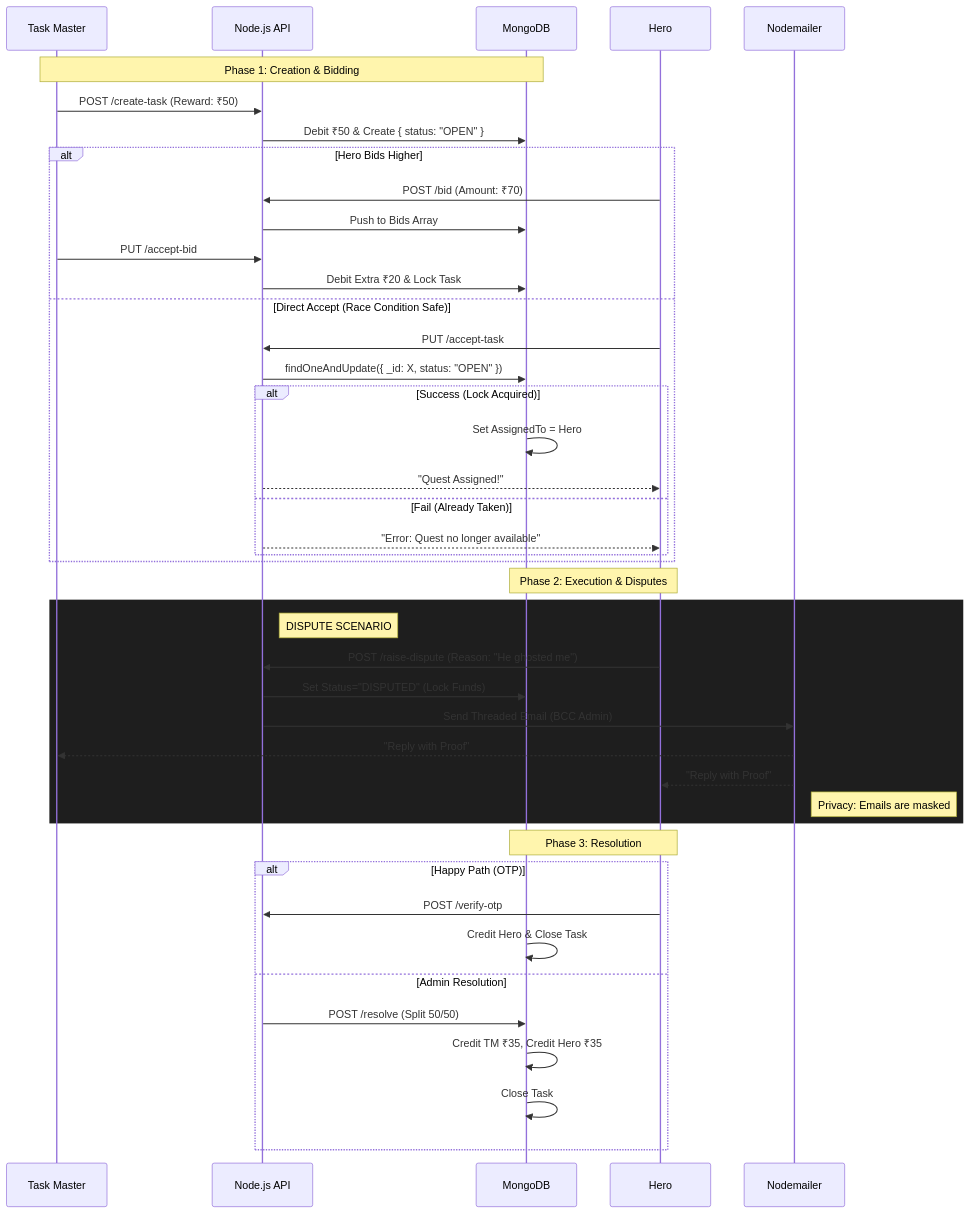
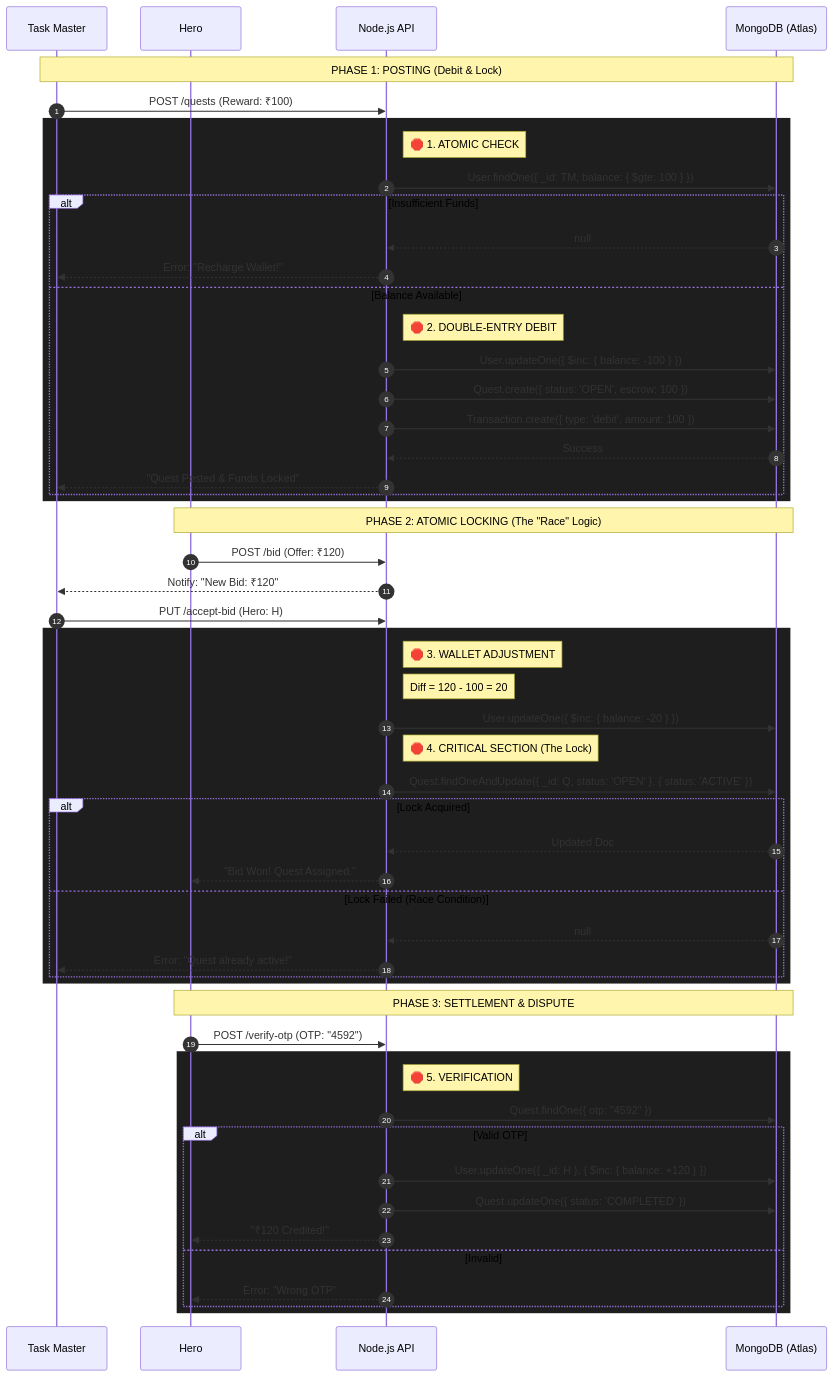
The sixth of 6 diagrams in Technical_Architechture.md (arupdhara/arup-demo), drawn with Mermaid before and after one commit. The commit also changed other lines of this file, not shown here.

````diff
--- a/Technical_Architechture.md
+++ b/Technical_Architechture.md
@@ -125,51 +242,71 @@
 ```mermaid
 sequenceDiagram
+    autonumber
     participant TM as Task Master
+    participant H as Hero
     participant API as Node.js API
-    participant DB as MongoDB
-    participant H as Hero
-    participant MAIL as Nodemailer
+    participant DB as MongoDB (Atlas)
 
-    Note over TM, DB: Phase 1: Creation & Bidding
-    TM->>API: POST /create-task (Reward: ₹50)
-    API->>DB: Debit ₹50 & Create { status: "OPEN" }
+    Note over TM, DB: PHASE 1: POSTING (Debit & Lock)
     
-    alt Hero Bids Higher
-        H->>API: POST /bid (Amount: ₹70)
-        API->>DB: Push to Bids Array
-        TM->>API: PUT /accept-bid
-        API->>DB: Debit Extra ₹20 & Lock Task
-    else Direct Accept (Race Condition Safe)
-        H->>API: PUT /accept-task
-        API->>DB: findOneAndUpdate({ _id: X, status: "OPEN" })
-        alt Success (Lock Acquired)
-             DB->>DB: Set AssignedTo = Hero
-             API-->>H: "Quest Assigned!"
-        else Fail (Already Taken)
-             API-->>H: "Error: Quest no longer available"
+    TM->>API: POST /quests (Reward: ₹100)
+    
+    rect rgb(30, 30, 30)
+        Note right of API: 🛑 1. ATOMIC CHECK
+        API->>DB: User.findOne({ _id: TM, balance: { $gte: 100 } })
+        
+        alt Insufficient Funds
+            DB-->>API: null
+            API-->>TM: Error: "Recharge Wallet!"
+        else Balance Available
+            Note right of API: 🛑 2. DOUBLE-ENTRY DEBIT
+            API->>DB: User.updateOne({ $inc: { balance: -100 } })
+            API->>DB: Quest.create({ status: 'OPEN', escrow: 100 })
+            API->>DB: Transaction.create({ type: 'debit', amount: 100 })
+            
+            DB-->>API: Success
+            API-->>TM: "Quest Posted & Funds Locked"
         end
     end
 
-    Note over H, DB: Phase 2: Execution & Disputes
+    Note over H, DB: PHASE 2: ATOMIC LOCKING (The "Race" Logic)
+
+    H->>API: POST /bid (Offer: ₹120)
+    API-->>TM: Notify: "New Bid: ₹120"
+    
+    TM->>API: PUT /accept-bid (Hero: H)
     
     rect rgb(30, 30, 30)
-        Note right of API: DISPUTE SCENARIO
-        H->>API: POST /raise-dispute (Reason: "He ghosted me")
-        API->>DB: Set Status="DISPUTED" (Lock Funds)
-        API->>MAIL: Send Threaded Email (BCC Admin)
-        MAIL-->>TM: "Reply with Proof"
-        MAIL-->>H: "Reply with Proof"
-        Note right of MAIL: Privacy: Emails are masked
+        Note right of API: 🛑 3. WALLET ADJUSTMENT
+        Note right of API: Diff = 120 - 100 = 20
+        API->>DB: User.updateOne({ $inc: { balance: -20 } })
+        
+        Note right of API: 🛑 4. CRITICAL SECTION (The Lock)
+        API->>DB: Quest.findOneAndUpdate({ _id: Q, status: 'OPEN' }, { status: 'ACTIVE' })
+        
+        alt Lock Acquired
+            DB-->>API: Updated Doc
+            API-->>H: "Bid Won! Quest Assigned."
+        else Lock Failed (Race Condition)
+            DB-->>API: null
+            API-->>TM: Error: "Quest already active!"
+        end
     end
 
-    Note over H, DB: Phase 3: Resolution
+    Note over H, DB: PHASE 3: SETTLEMENT & DISPUTE
     
-    alt Happy Path (OTP)
-        H->>API: POST /verify-otp
-        DB->>DB: Credit Hero & Close Task
-    else Admin Resolution
-        API->>DB: POST /resolve (Split 50/50)
-        DB->>DB: Credit TM ₹35, Credit Hero ₹35
-        DB->>DB: Close Task
+    H->>API: POST /verify-otp (OTP: "4592")
+    
+    rect rgb(30, 30, 30)
+        Note right of API: 🛑 5. VERIFICATION
+        API->>DB: Quest.findOne({ otp: "4592" })
+        
+        alt Valid OTP
+            API->>DB: User.updateOne({ _id: H }, { $inc: { balance: +120 } })
+            API->>DB: Quest.updateOne({ status: 'COMPLETED' })
+            API-->>H: "₹120 Credited!"
+        else Invalid
+            API-->>H: Error: "Wrong OTP"
+        end
     end
 ```
````
